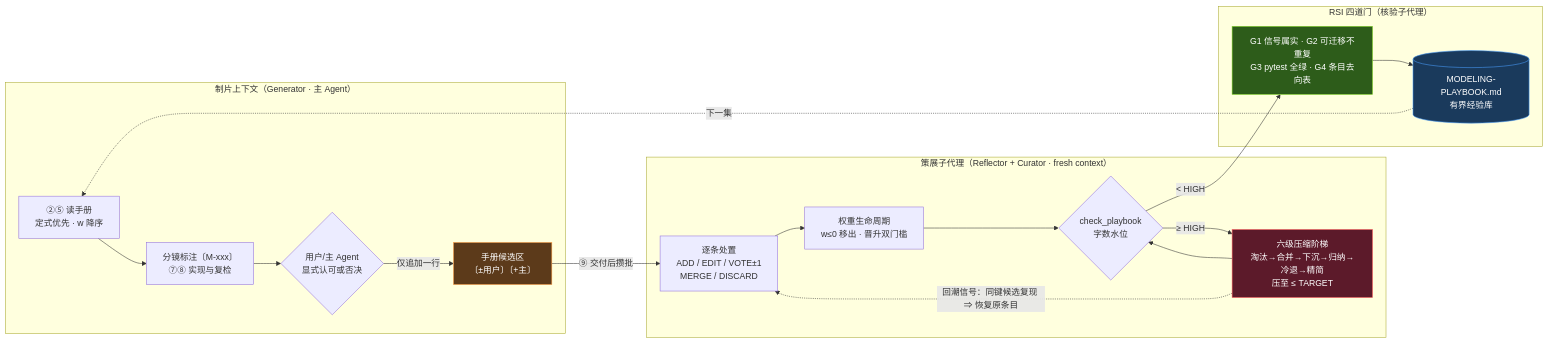
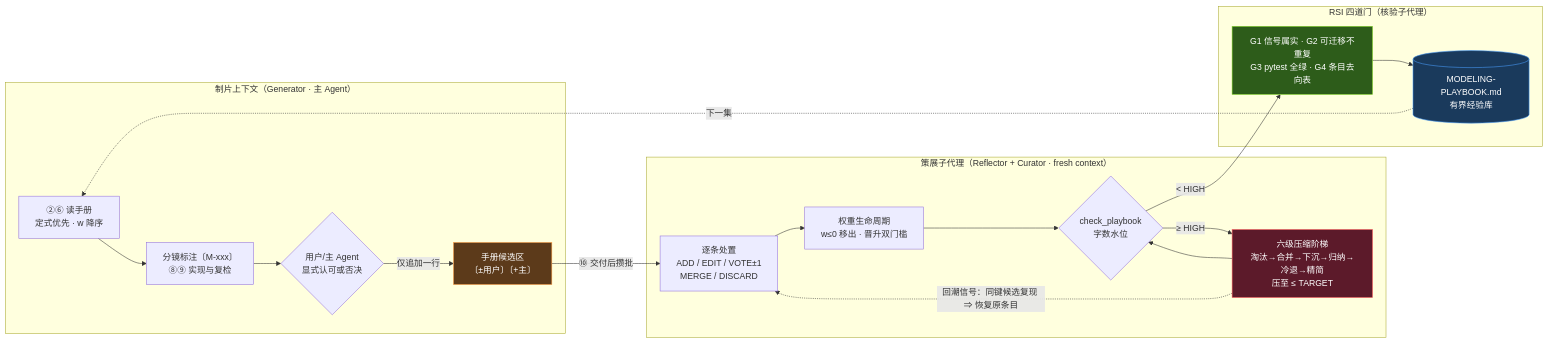
One commit to ThreeFish-AI/to-video changed the diagram in docs/assets/mermaid/modeling-experience--loop.mmd. Above: the diagram before and after it, drawn with Mermaid. The commit also changed 67 other files, not shown here.

```diff
--- a/docs/assets/mermaid/modeling-experience--loop.mmd
+++ b/docs/assets/mermaid/modeling-experience--loop.mmd
@@ -1,27 +1,27 @@
 %% source: docs/research/modeling-experience-distillation.md — §三 回路总览
 %% slug: modeling-experience--loop
 %% type: workflow
 %% derived: RSI.md 第十节「建模经验分支」；水位只写常量名，数值 SSOT = scripts/check_playbook.py
 flowchart LR
     subgraph G["制片上下文（Generator · 主 Agent）"]
-        R[②⑤ 读手册<br/>定式优先 · w 降序] --> U[分镜标注〔M-xxx〕<br/>⑦⑧ 实现与复检]
+        R[②⑥ 读手册<br/>定式优先 · w 降序] --> U[分镜标注〔M-xxx〕<br/>⑧⑨ 实现与复检]
         U --> S{用户/主 Agent<br/>显式认可或否决}
         S -->|仅追加一行| C[手册候选区<br/>〔±用户〕〔+主〕]
     end
     subgraph K["策展子代理（Reflector + Curator · fresh context）"]
-        C -->|⑨ 交付后攒批| D[逐条处置<br/>ADD / EDIT / VOTE±1<br/>MERGE / DISCARD]
+        C -->|⑩ 交付后攒批| D[逐条处置<br/>ADD / EDIT / VOTE±1<br/>MERGE / DISCARD]
         D --> W[权重生命周期<br/>w≤0 移出 · 晋升双门槛]
         W --> Q{check_playbook<br/>字数水位}
         Q -->|≥ HIGH| Z[六级压缩阶梯<br/>淘汰→合并→下沉→归纳→冷退→精简<br/>压至 ≤ TARGET]
         Z --> Q
     end
     subgraph V["RSI 四道门（核验子代理）"]
         Q -->|< HIGH| P[G1 信号属实 · G2 可迁移不重复<br/>G3 pytest 全绿 · G4 条目去向表]
         P --> M[(MODELING-PLAYBOOK.md<br/>有界经验库)]
     end
     M -.下一集.-> R
     Z -.回潮信号：同键候选复现 ⇒ 恢复原条目.-> D
     style C fill:#5c3a1a,stroke:#FF9F45,color:#fff
     style M fill:#1a3a5c,stroke:#4A9EFF,color:#fff
     style Z fill:#5c1a2a,stroke:#FF5C5C,color:#fff
     style P fill:#2d5c1a,stroke:#7ED321,color:#fff
```
